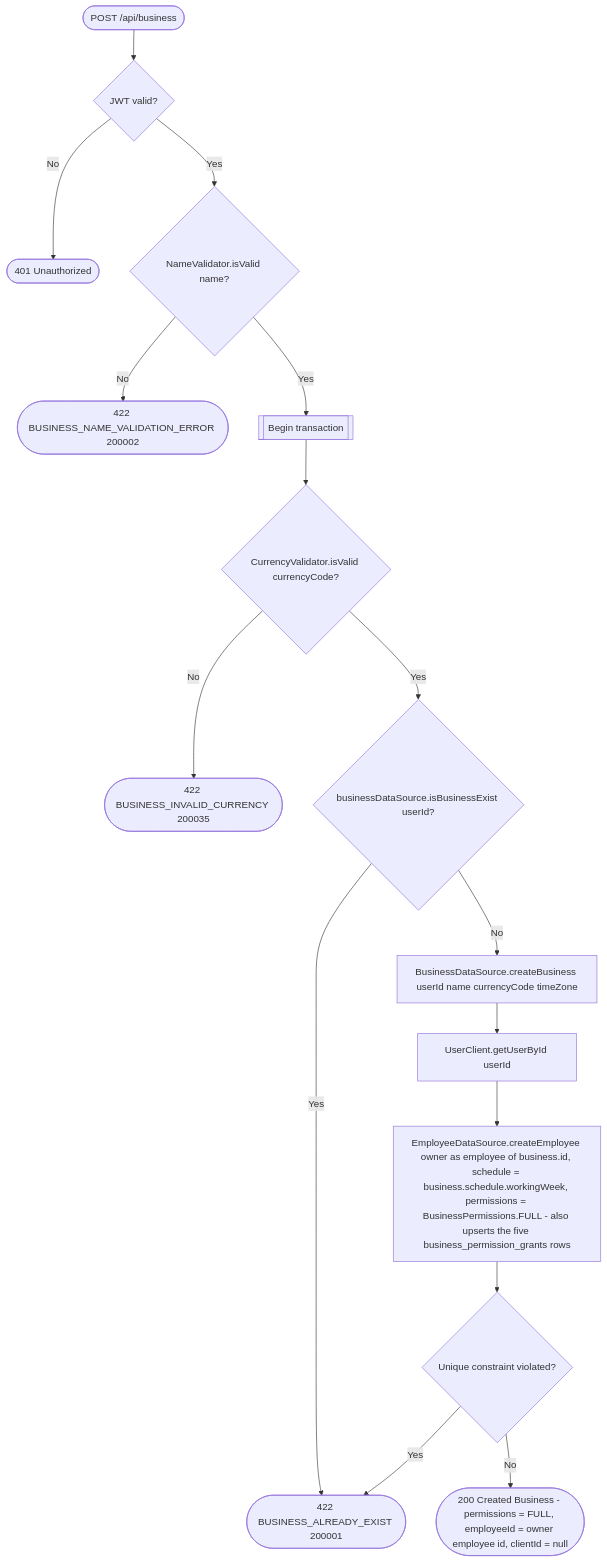
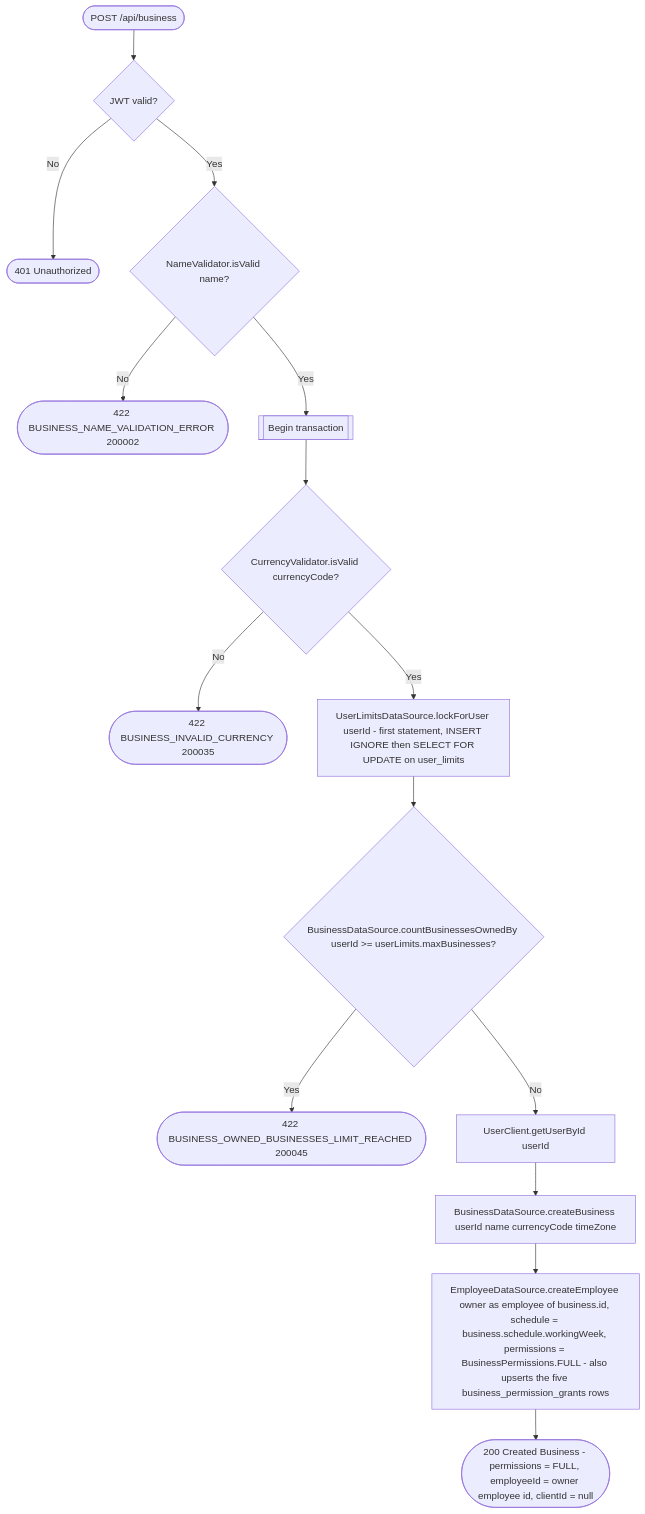
The diagram in docs/operations/business/create-business.md (nocturneproperties/bookkme), drawn with Mermaid before and after one commit. The commit also changed other lines of this file and 13 other files, not shown here.

Commit message:
[ISSUE-175] limit checks on create and join business

````diff
--- a/docs/operations/business/create-business.md
+++ b/docs/operations/business/create-business.md
@@ -20,18 +23,17 @@
 ```mermaid
 flowchart TD
     Start([POST /api/business]) --> Auth{JWT valid?}
     Auth -- No --> R401([401 Unauthorized])
     Auth -- Yes --> NameCheck{NameValidator.isValid name?}
     NameCheck -- No --> R422a([422 BUSINESS_NAME_VALIDATION_ERROR 200002])
     NameCheck -- Yes --> Tx[[Begin transaction]]
     Tx --> CurrencyCheck{CurrencyValidator.isValid currencyCode?}
     CurrencyCheck -- No --> R422c([422 BUSINESS_INVALID_CURRENCY 200035])
-    CurrencyCheck -- Yes --> Exists{businessDataSource.isBusinessExist userId?}
-    Exists -- Yes --> R422b([422 BUSINESS_ALREADY_EXIST 200001])
-    Exists -- No --> Create[BusinessDataSource.createBusiness userId name currencyCode timeZone]
-    Create --> ResolveOwner[UserClient.getUserById userId]
-    ResolveOwner --> CreateEmployee[EmployeeDataSource.createEmployee owner as employee of business.id, schedule = business.schedule.workingWeek, permissions = BusinessPermissions.FULL - also upserts the five business_permission_grants rows]
-    CreateEmployee --> Constraint{Unique constraint violated?}
-    Constraint -- Yes --> R422b
-    Constraint -- No --> R200([200 Created Business - permissions = FULL, employeeId = owner employee id, clientId = null])
+    CurrencyCheck -- Yes --> LockLimits[UserLimitsDataSource.lockForUser userId - first statement, INSERT IGNORE then SELECT FOR UPDATE on user_limits]
+    LockLimits --> Owned{BusinessDataSource.countBusinessesOwnedBy userId >= userLimits.maxBusinesses?}
+    Owned -- Yes --> R422m([422 BUSINESS_OWNED_BUSINESSES_LIMIT_REACHED 200045])
+    Owned -- No --> ResolveOwner[UserClient.getUserById userId]
+    ResolveOwner --> Create[BusinessDataSource.createBusiness userId name currencyCode timeZone]
+    Create --> CreateEmployee[EmployeeDataSource.createEmployee owner as employee of business.id, schedule = business.schedule.workingWeek, permissions = BusinessPermissions.FULL - also upserts the five business_permission_grants rows]
+    CreateEmployee --> R200([200 Created Business - permissions = FULL, employeeId = owner employee id, clientId = null])
 ```
````
